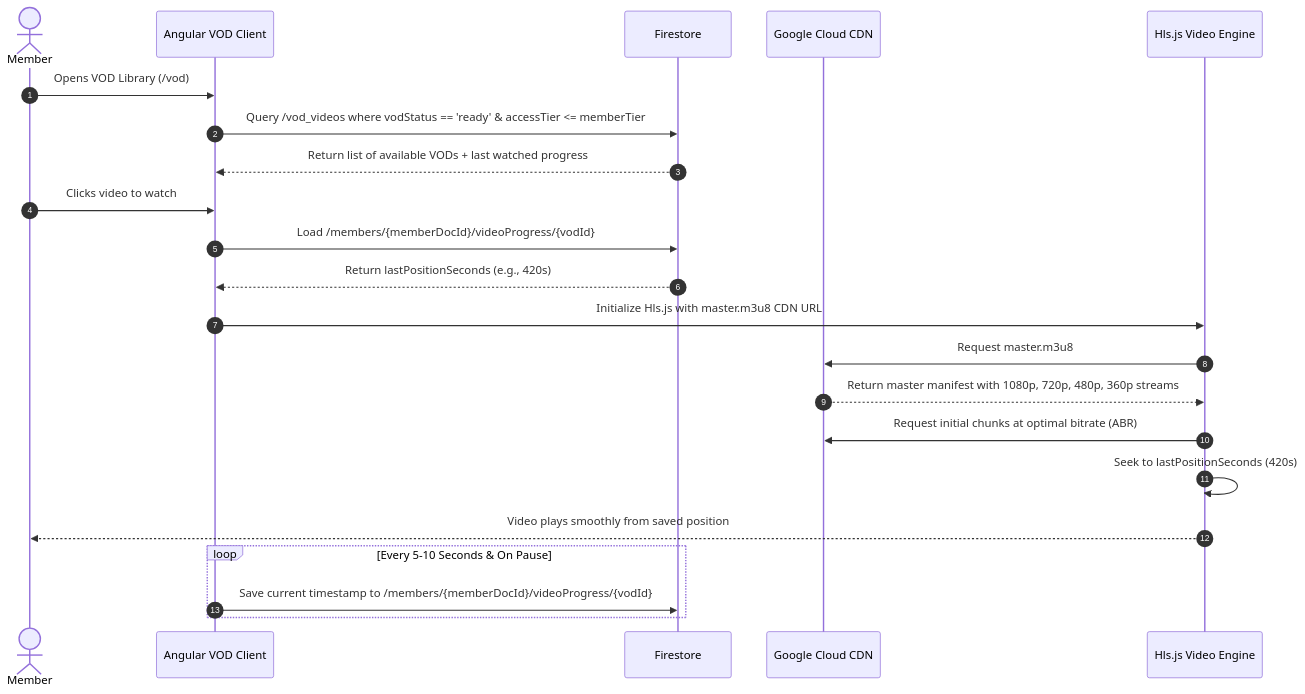
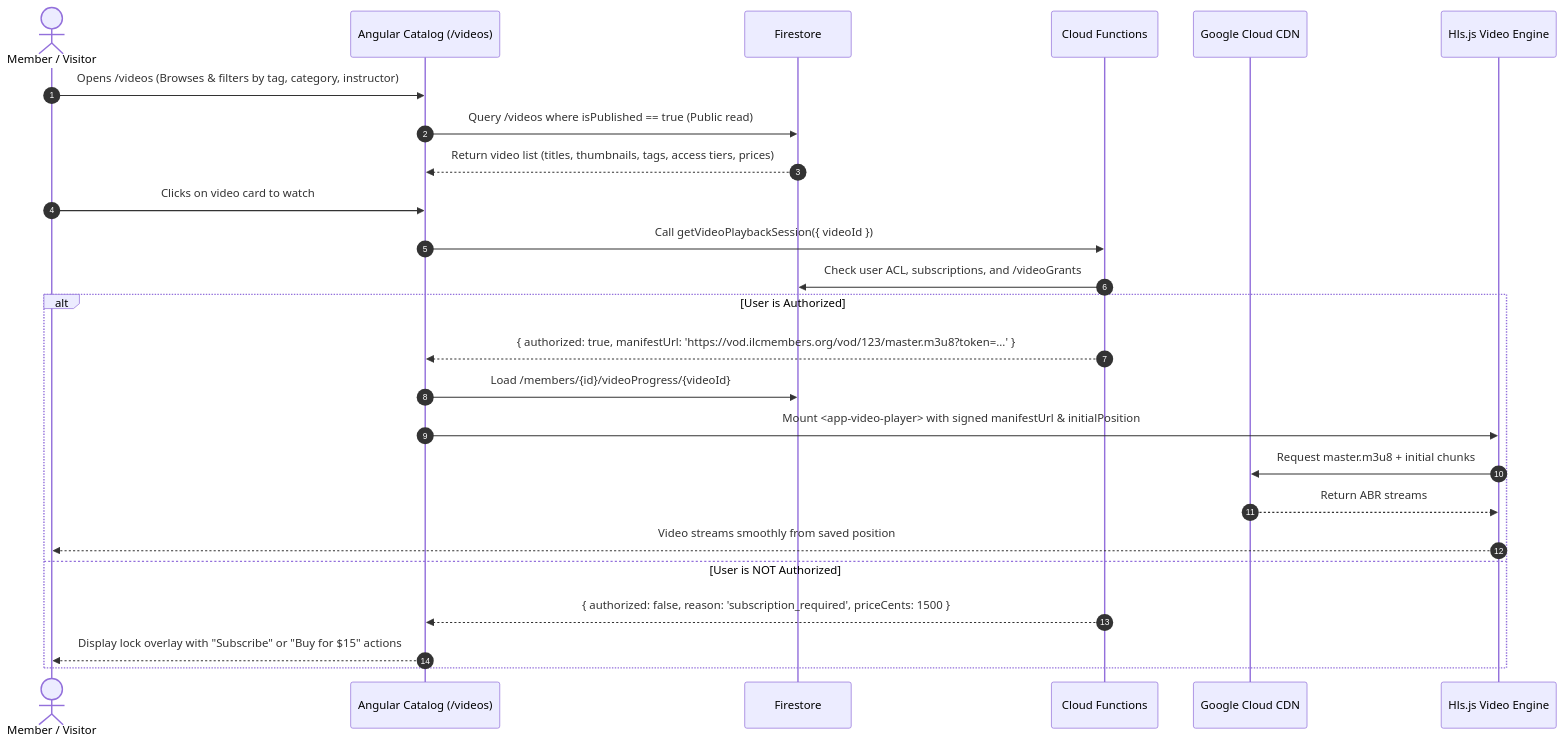
Before and after one commit to iislucas/ilc-members-manager: the fifth of 6 diagrams in docs/video-on-demand-streaming.md, drawn with Mermaid. The commit also changed other lines of this file, not shown here.

Commit message:
feat: improve plan for video on demand.

````diff
--- a/docs/video-on-demand-streaming.md
+++ b/docs/video-on-demand-streaming.md
@@ -132,26 +236,30 @@
 ```mermaid
 sequenceDiagram
     autonumber
-    actor Member
-    participant App as Angular VOD Client
+    actor User as Member / Visitor
+    participant App as Angular Catalog (/videos)
     participant FS as Firestore
+    participant CF as Cloud Functions
     participant CDN as Google Cloud CDN
     participant Player as Hls.js Video Engine
 
-    Member->>App: Opens VOD Library (/vod)
-    App->>FS: Query /vod_videos where vodStatus == 'ready' & accessTier <= memberTier
-    FS-->>App: Return list of available VODs + last watched progress
-    Member->>App: Clicks video to watch
-    App->>FS: Load /members/{memberDocId}/videoProgress/{vodId}
-    FS-->>App: Return lastPositionSeconds (e.g., 420s)
-    App->>Player: Initialize Hls.js with master.m3u8 CDN URL
-    Player->>CDN: Request master.m3u8
-    CDN-->>Player: Return master manifest with 1080p, 720p, 480p, 360p streams
-    Player->>CDN: Request initial chunks at optimal bitrate (ABR)
-    Player->>Player: Seek to lastPositionSeconds (420s)
-    Player-->>Member: Video plays smoothly from saved position
-
-    loop Every 5-10 Seconds & On Pause
-        App->>FS: Save current timestamp to /members/{memberDocId}/videoProgress/{vodId}
+    User->>App: Opens /videos (Browses & filters by tag, category, instructor)
+    App->>FS: Query /videos where isPublished == true (Public read)
+    FS-->>App: Return video list (titles, thumbnails, tags, access tiers, prices)
+    
+    User->>App: Clicks on video card to watch
+    App->>CF: Call getVideoPlaybackSession({ videoId })
+    CF->>FS: Check user ACL, subscriptions, and /videoGrants
+    
+    alt User is Authorized
+        CF-->>App: { authorized: true, manifestUrl: 'https://vod.ilcmembers.org/vod/123/master.m3u8?token=...' }
+        App->>FS: Load /members/{id}/videoProgress/{videoId}
+        App->>Player: Mount <app-video-player> with signed manifestUrl & initialPosition
+        Player->>CDN: Request master.m3u8 + initial chunks
+        CDN-->>Player: Return ABR streams
+        Player-->>User: Video streams smoothly from saved position
+    else User is NOT Authorized
+        CF-->>App: { authorized: false, reason: 'subscription_required', priceCents: 1500 }
+        App-->>User: Display lock overlay with "Subscribe" or "Buy for $15" actions
     end
 ```
````
